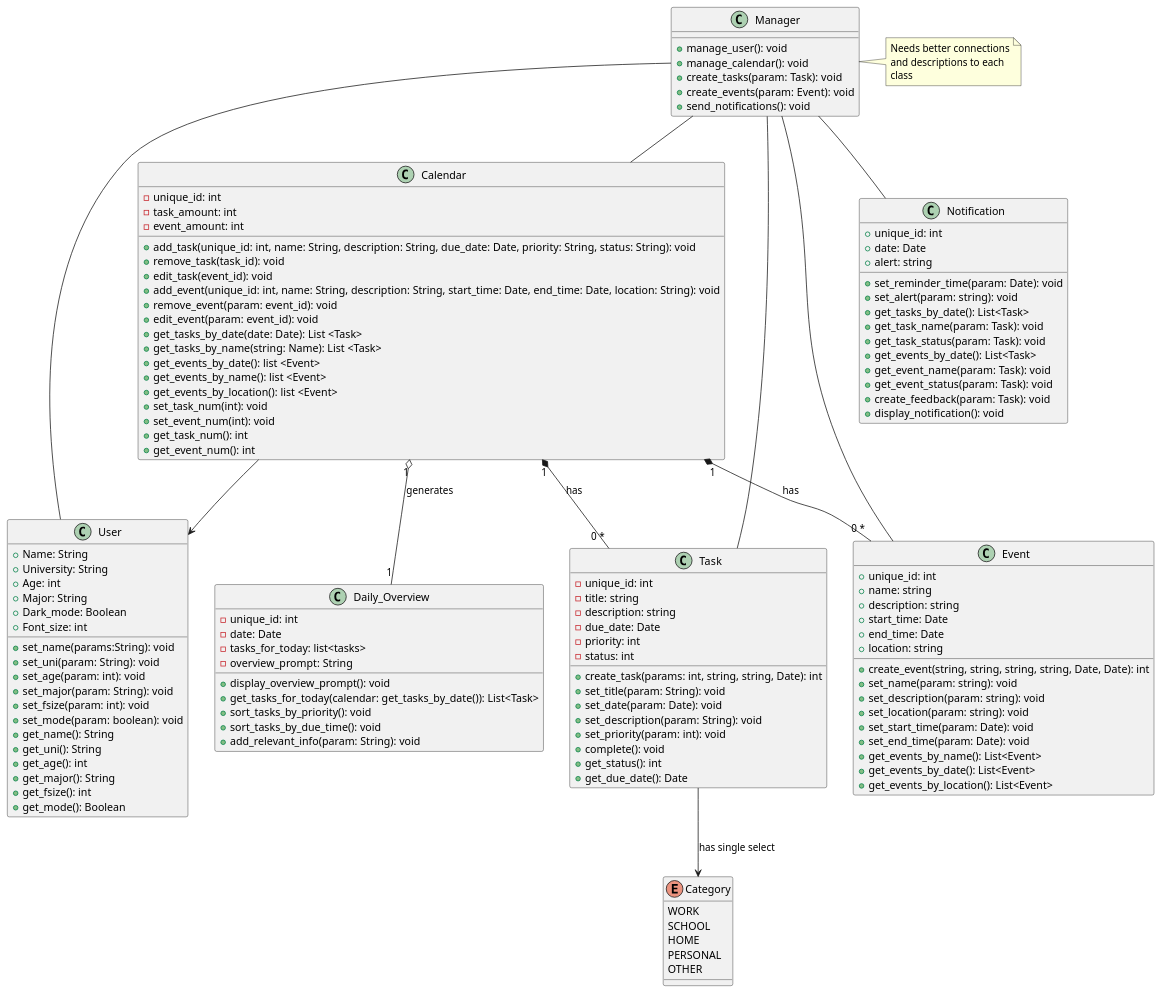
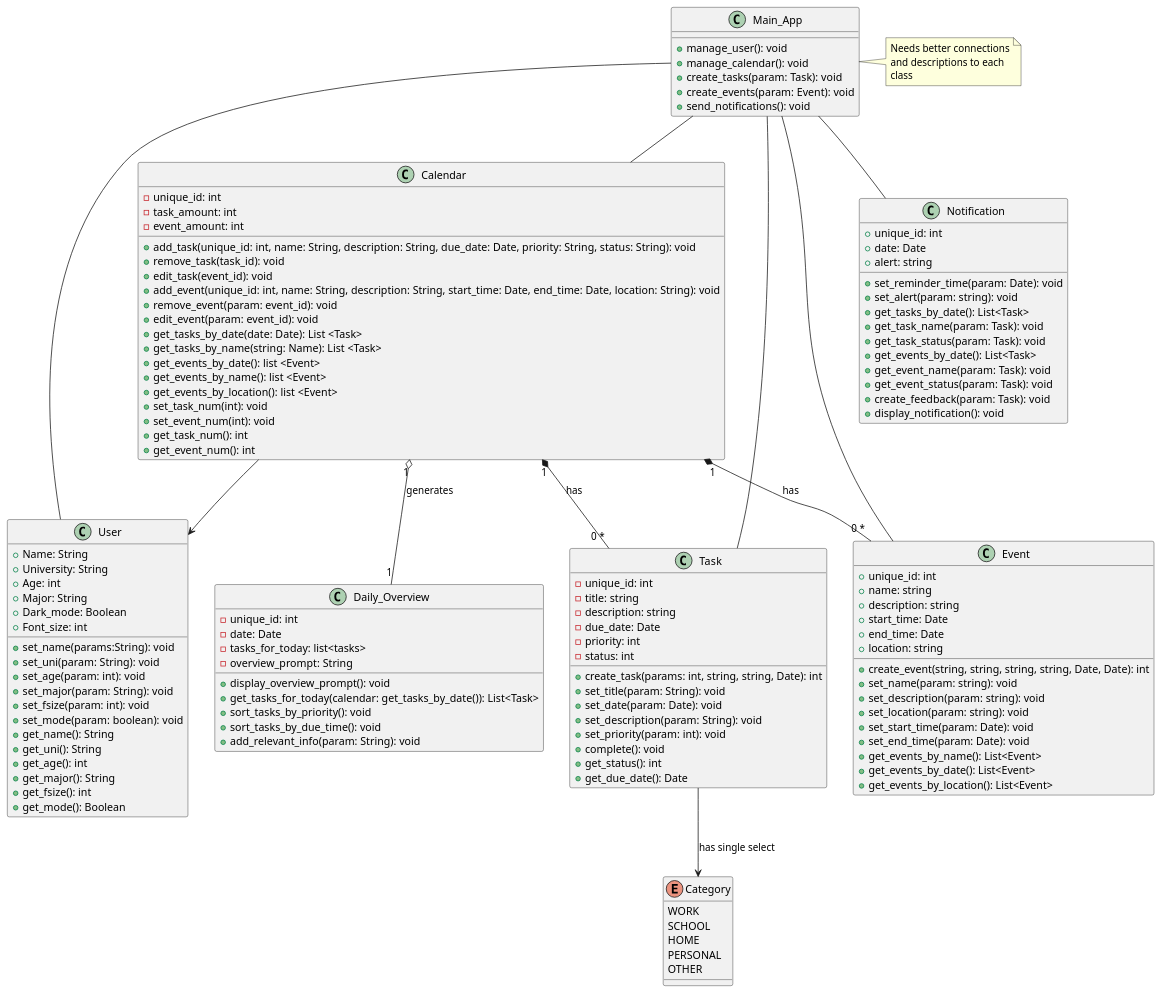
The diagram in assignment6/Diagram.puml (CS361-2024Fall-Term/Innovators), drawn with PlantUML before and after one commit.

Commit message:
Updated manager class to main app

```diff
--- a/assignment6/Diagram.puml
+++ b/assignment6/Diagram.puml
@@ -1,143 +1,143 @@
 @startuml
 
 class User {
   +Name: String
   +University: String
   +Age: int
   +Major: String
   +Dark_mode: Boolean
   +Font_size: int
   +set_name(params:String): void
   +set_uni(param: String): void
   +set_age(param: int): void
   +set_major(param: String): void
   +set_fsize(param: int): void
   +set_mode(param: boolean): void
   +get_name(): String
   +get_uni(): String
   +get_age(): int
   +get_major(): String
   +get_fsize(): int
   +get_mode(): Boolean
 }
 
 class Calendar {
   -unique_id: int  
   -task_amount: int
   -event_amount: int
   +add_task(unique_id: int, name: String, description: String, due_date: Date, priority: String, status: String): void
   +remove_task(task_id): void
   +edit_task(event_id): void
   +add_event(unique_id: int, name: String, description: String, start_time: Date, end_time: Date, location: String): void
   +remove_event(param: event_id): void
   +edit_event(param: event_id): void
   +get_tasks_by_date(date: Date): List <Task>
   +get_tasks_by_name(string: Name): List <Task>
   +get_events_by_date(): list <Event>
   +get_events_by_name(): list <Event>
   +get_events_by_location(): list <Event>
   +set_task_num(int): void
   +set_event_num(int): void
   +get_task_num(): int
   +get_event_num(): int
 }
 
 class Task {
   -unique_id: int
   -title: string
   -description: string
   -due_date: Date
   -priority: int
   -status: int
   +create_task(params: int, string, string, Date): int
   +set_title(param: String): void
   +set_date(param: Date): void
   +set_description(param: String): void
   +set_priority(param: int): void
   +complete(): void
   +get_status(): int
   +get_due_date(): Date
 }
 
 enum Category {
   WORK
   SCHOOL
   HOME
   PERSONAL
   OTHER
 }
 
 class Notification {
   +unique_id: int  
   +date: Date
   +alert: string
   
   +set_reminder_time(param: Date): void
   +set_alert(param: string): void
   +get_tasks_by_date(): List<Task>
   +get_task_name(param: Task): void
   +get_task_status(param: Task): void
   +get_events_by_date(): List<Task>
   +get_event_name(param: Task): void
   +get_event_status(param: Task): void
   +create_feedback(param: Task): void
   +display_notification(): void
 }
 
 class Event {
   +unique_id: int  
   +name: string
   +description: string
   +start_time: Date
   +end_time: Date
   +location: string
   +create_event(string, string, string, string, Date, Date): int
   +set_name(param: string): void
   +set_description(param: string): void
   +set_location(param: string): void
   +set_start_time(param: Date): void
   +set_end_time(param: Date): void
   +get_events_by_name(): List<Event>
   +get_events_by_date(): List<Event>
   +get_events_by_location(): List<Event>
 }
 
 class Daily_Overview {
     -unique_id: int
     -date: Date
     -tasks_for_today: list<tasks>
     -overview_prompt: String
 
     +display_overview_prompt(): void
     +get_tasks_for_today(calendar: get_tasks_by_date()): List<Task>
     +sort_tasks_by_priority(): void
     +sort_tasks_by_due_time(): void
     +add_relevant_info(param: String): void
 }
 
-class Manager {
+class Main_App {
   +manage_user(): void
   +manage_calendar(): void
   +create_tasks(param: Task): void
   +create_events(param: Event): void
   +send_notifications(): void
 }
 
-note right of Manager
+note right of Main_App
   Needs better connections
   and descriptions to each
   class
 end note
-Manager -- User
-Manager -- Calendar
-Manager -- Task
-Manager -- Event
-Manager -- Notification
+Main_App -- User
+Main_App -- Calendar
+Main_App -- Task
+Main_App -- Event
+Main_App -- Notification
 
 Calendar --> User
 Calendar "1" *-- "0 *" Task : "has"
 Calendar "1" *-- "0 *" Event : "has"
 Calendar "1" o-- "1" Daily_Overview : "generates"
 Task --> Category : "has single select"
 
 @enduml
```
